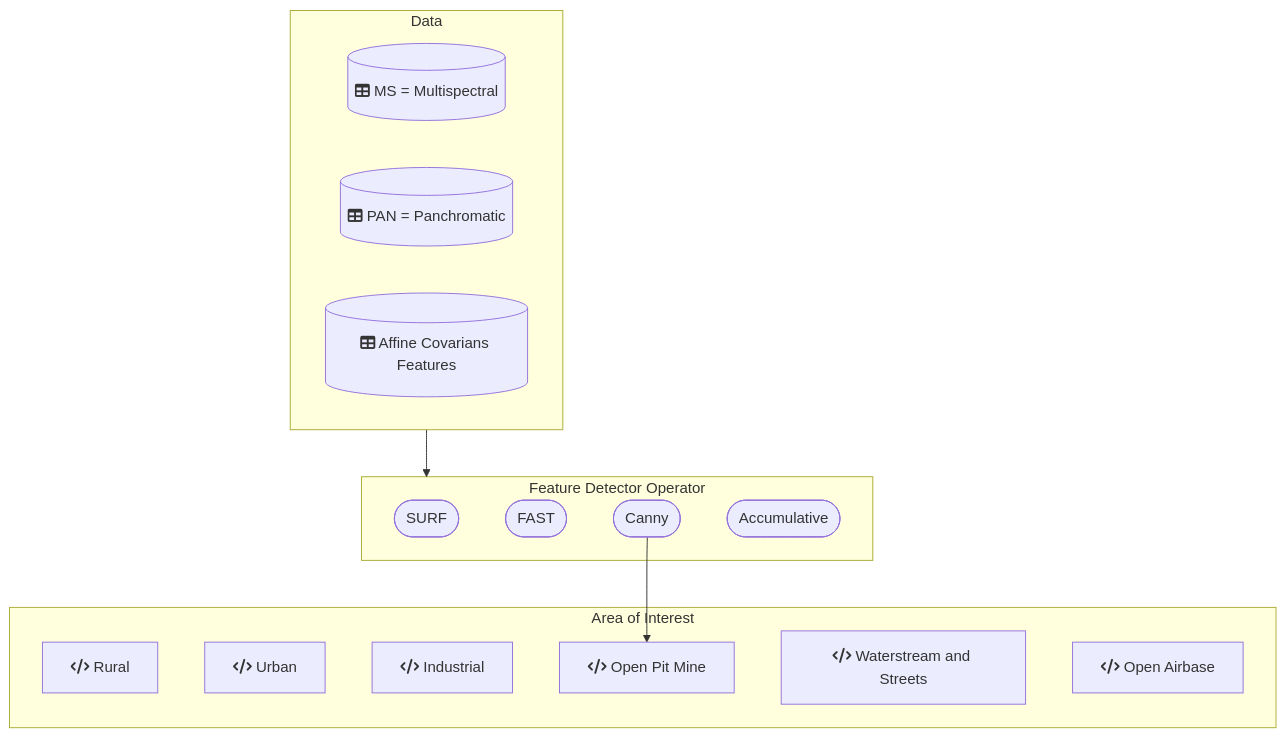
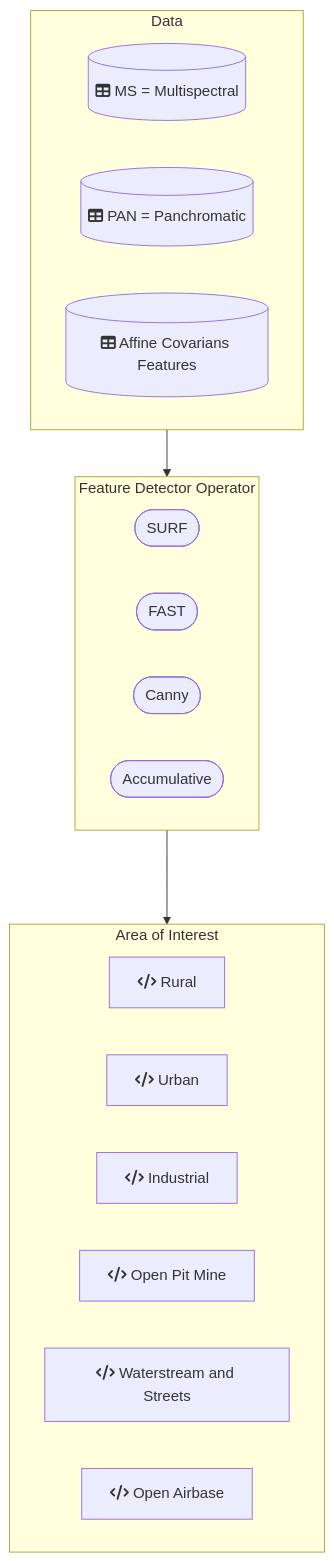
One commit to DippoldEJ/Feature-Detection-and-Explanation changed the diagram in Application/README.md. Above: the diagram before and after it, drawn with Mermaid.

````diff
--- a/Application/README.md
+++ b/Application/README.md
@@ -13,29 +13,29 @@
 ```mermaid
 flowchart TD;
 
  subgraph n[Data]
         g[(fa:fa-table MS = Multispectral)]
         h[(fa:fa-table PAN = Panchromatic)]
         i[(fa:fa-table Affine Covarians Features)]
     end
 
  subgraph o[Feature Detector Operator]
         j([SURF])
         k([FAST])
         l([Canny])
         m([Accumulative])
     end
 
 subgraph p[Area of Interest]
     a[fa:fa-code Rural]
     b[fa:fa-code Urban]
     c[fa:fa-code Industrial]
     d[fa:fa-code Open Pit Mine]
     e[fa:fa-code Waterstream and Streets]
     f[fa:fa-code Open Airbase]
     end
 
 n-->o
-l-->d
+o-->p
 
 ```
````
